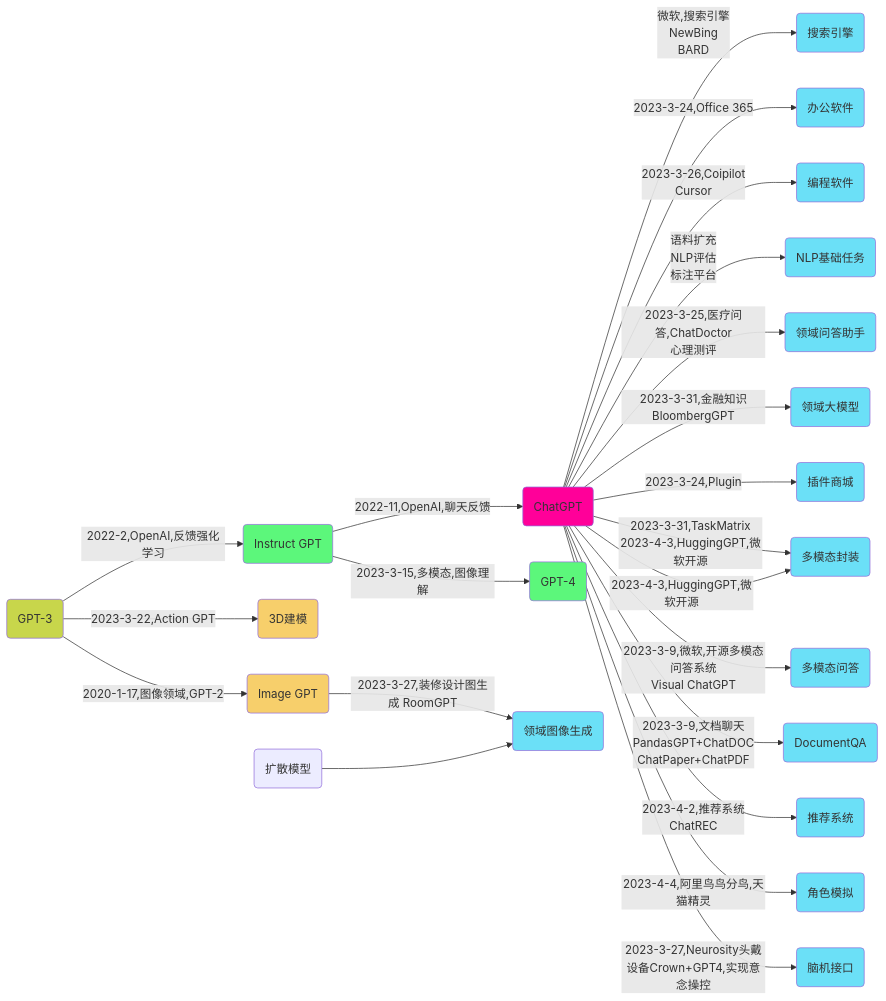
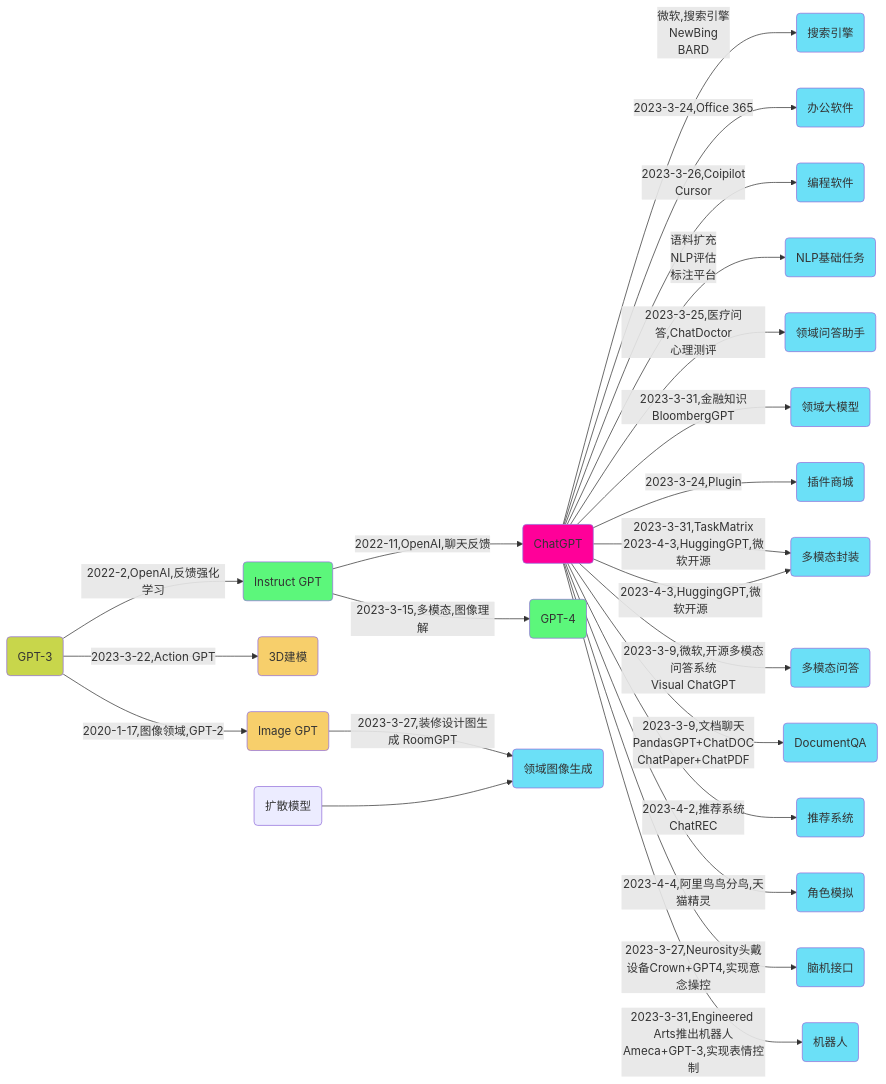
Before and after one commit to Gaohaoyang/gaohaoyang.github.io: the diagram in _posts/2023-03-30-chatgpt-application.md, drawn with Mermaid. The commit also changed other lines of this file, not shown here.

```diff
--- a/_posts/2023-03-30-chatgpt-application.md
+++ b/_posts/2023-03-30-chatgpt-application.md
@@ -480,35 +480,35 @@
 <div class="mermaid">
     flowchart LR
     %% 节点颜色
     classDef red fill:#F09;
     classDef green fill:#5CF77B;
     classDef blue fill:#6BE0F7;
     classDef orange fill:#F7CF6B;
     classDef grass fill:#C8D64B;
     %%节点关系定义
     D(GPT-3):::grass
     D-->|2022-2,OpenAI,反馈强化学习|E(Instruct GPT):::green
     E-->|2022-11,OpenAI,聊天反馈|F(ChatGPT):::red
     E-->|2023-3-15,多模态,图像理解|G(GPT-4):::green
 
     D-->|2023-3-22,Action GPT|A(3D建模):::orange
     D-->|2020-1-17,图像领域,GPT-2|IG(Image GPT):::orange
 
     F-->|微软,搜索引擎\nNewBing\nBARD|F00(搜索引擎):::blue
     F-->|2023-3-24,Office 365|F01(办公软件):::blue
     F-->|2023-3-26,Coipilot\nCursor|F02(编程软件):::blue
     F-->|语料扩充\nNLP评估\n标注平台|F03(NLP基础任务):::blue
     F-->|2023-3-25,医疗问答,ChatDoctor\n心理测评|F1(领域问答助手):::blue
     IG-->|2023-3-27,装修设计图生成 RoomGPT|F2(领域图像生成):::blue
     V(扩散模型)-->F2
     F-->|2023-3-31,金融知识BloombergGPT|F3(领域大模型):::blue
     F-->|2023-3-24,Plugin|F4(插件商城):::blue
     F-->|2023-3-31,TaskMatrix\n2023-4-3,HuggingGPT,微软开源|F5(API驱动):::blue
     F-->|2023-4-3,HuggingGPT,微软开源|F5(多模态封装):::blue
     F-->|2023-3-9,微软,开源多模态问答系统\nVisual ChatGPT|F6(多模态问答):::blue
     F-->|2023-3-9,文档聊天\nPandasGPT+ChatDOC\nChatPaper+ChatPDF|F7(DocumentQA):::blue
     F-->|2023-4-2,推荐系统\nChatREC|F8(推荐系统):::blue
     F-->|2023-4-4,阿里鸟鸟分鸟,天猫精灵|F9(角色模拟):::blue
     F-->|2023-3-27,Neurosity头戴设备Crown+GPT4,实现意念操控|F10(脑机接口):::blue
-
+    F-->|2023-3-31,Engineered Arts推出机器人Ameca+GPT-3,实现表情控制|F11(机器人):::blue
 </div>
```
